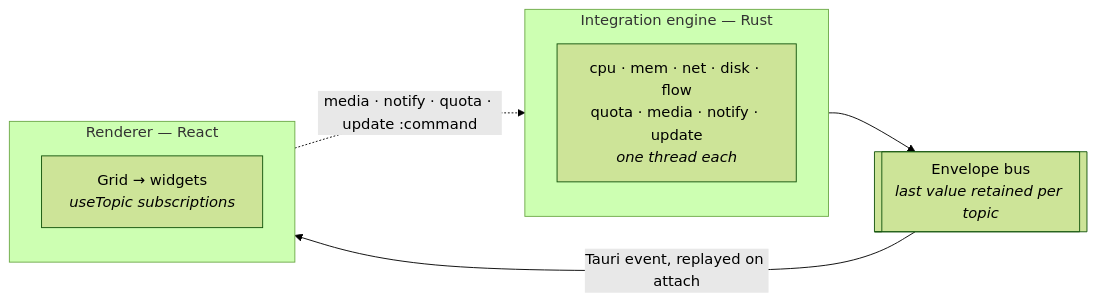
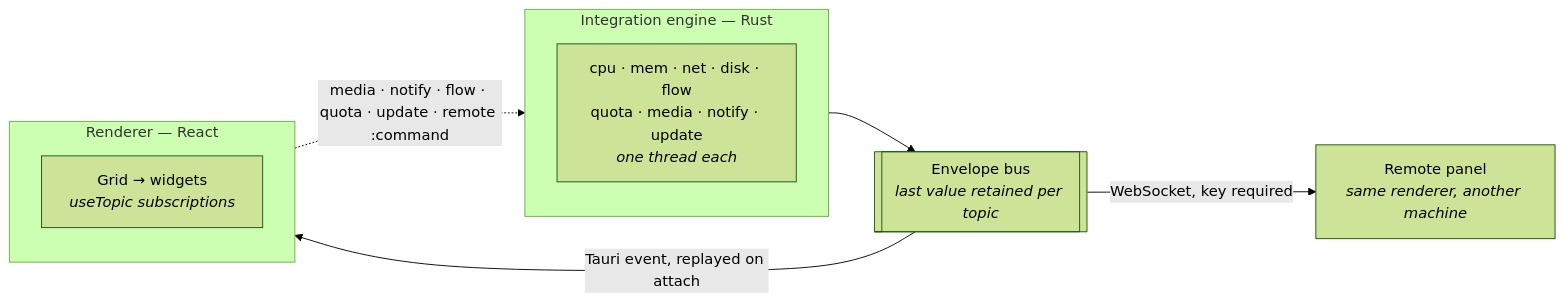
Before and after one commit to Purukitto/kehai: the diagram in README.md, drawn with Mermaid (forest theme). The commit also changed other lines of this file and 16 other files, not shown here.

````diff
--- a/README.md
+++ b/README.md
@@ -215,18 +255,19 @@
 ```mermaid
 flowchart LR
     subgraph engine["Integration engine — Rust"]
         direction TB
         P["cpu · mem · net · disk · flow<br/>quota · media · notify · update<br/><i>one thread each</i>"]
     end
 
     BUS[["Envelope bus<br/><i>last value retained per topic</i>"]]
 
     subgraph renderer["Renderer — React"]
         direction TB
         W["Grid → widgets<br/><i>useTopic subscriptions</i>"]
     end
 
     P --> BUS
     BUS -- "Tauri event, replayed on attach" --> W
-    W -. "media · notify · quota · update :command" .-> P
+    W -. "media · notify · flow · quota · update · remote :command" .-> P
+    BUS -- "WebSocket, key required" --> RP["Remote panel<br/><i>same renderer, another machine</i>"]
 ```
````
